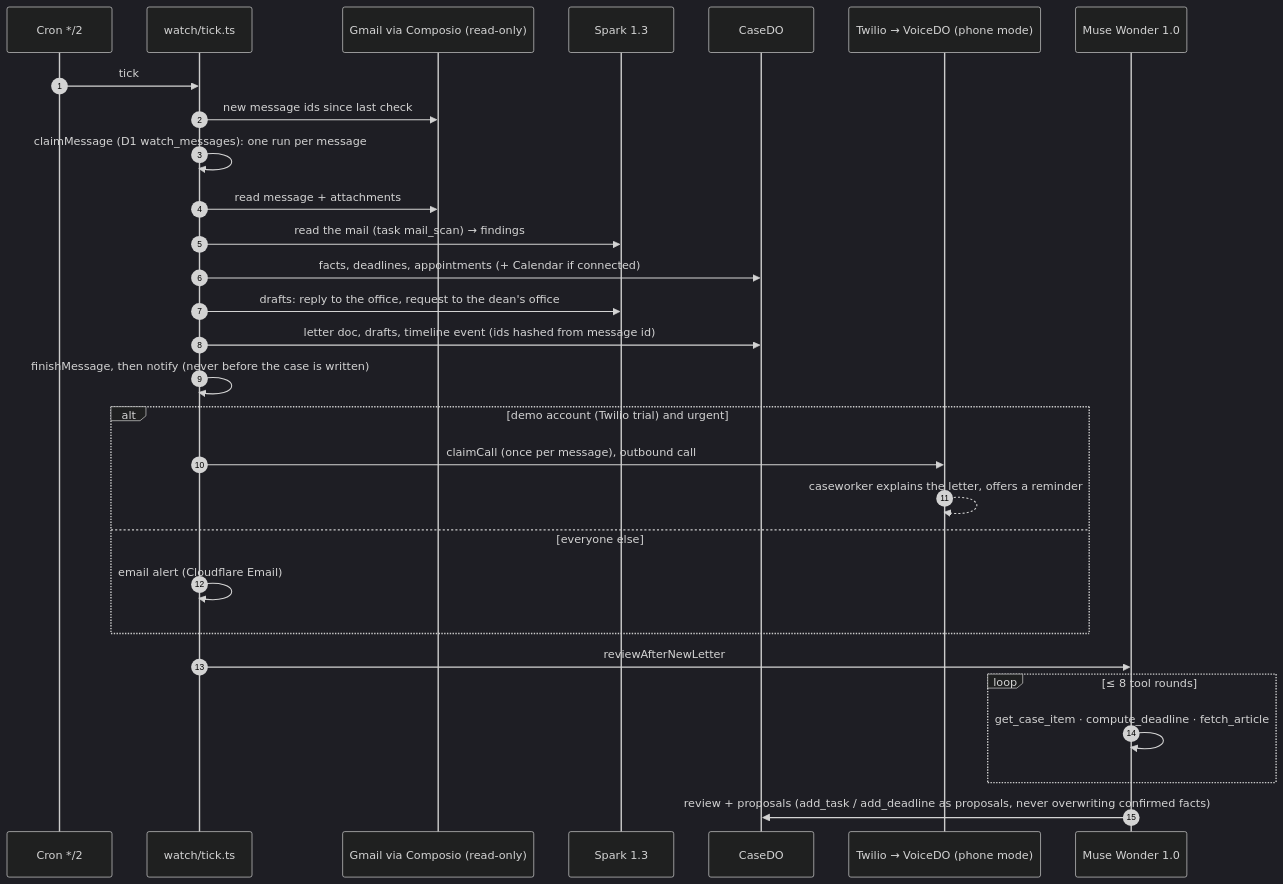
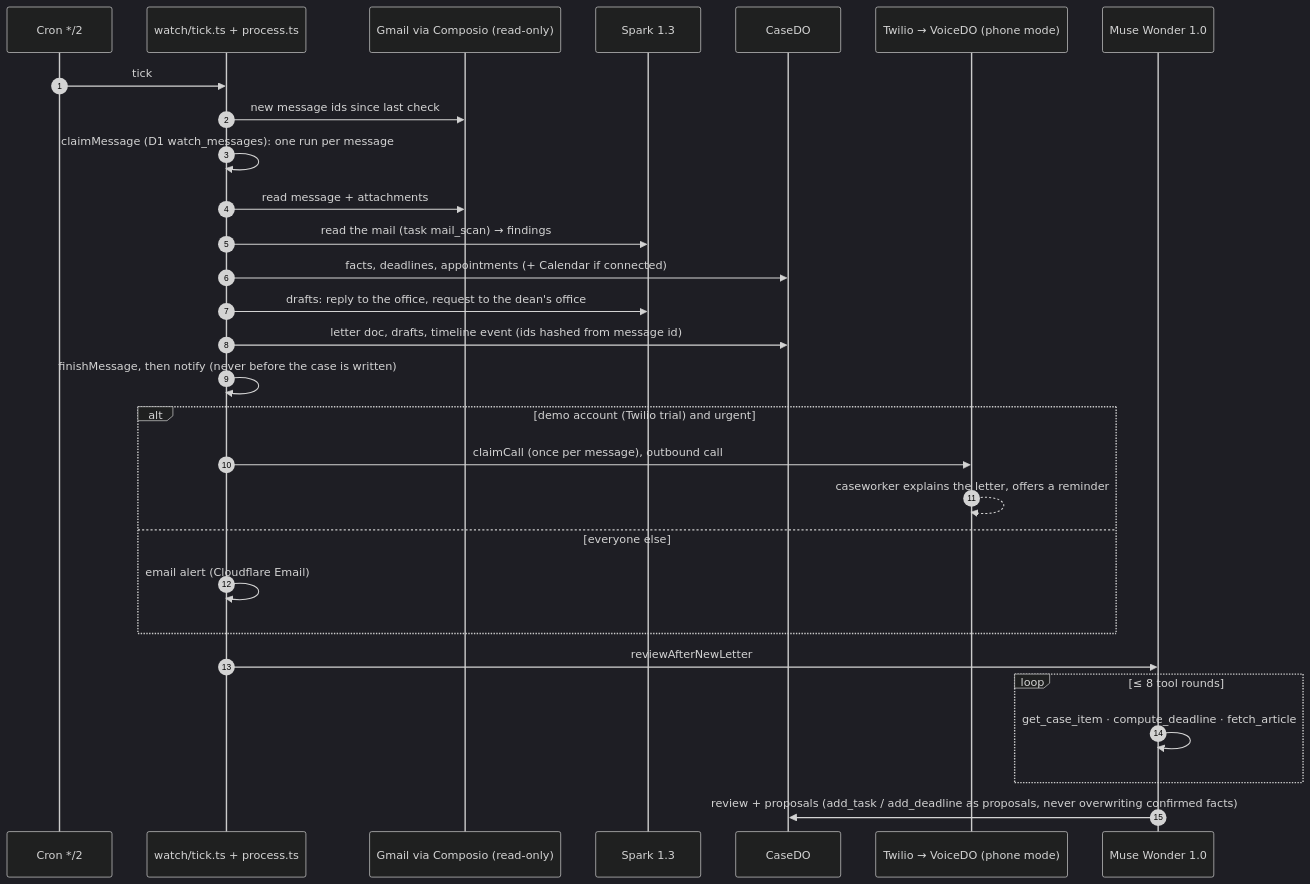
One commit to gabrielantonyxaviour/dossierly-meta changed the fourth of 4 diagrams in docs/architecture.md. Above: the diagram before and after it, drawn with Mermaid (dark theme). The commit also changed other lines of this file, not shown here.

First line of the commit message:
docs/architecture.md: topology diagram routed through the model layer (fewer crossings); intro states which paths use runModel

````diff
--- a/docs/architecture.md
+++ b/docs/architecture.md
@@ -112,31 +114,31 @@
 ```mermaid
 sequenceDiagram
   autonumber
   participant Cr as Cron */2
-  participant Wt as watch/tick.ts
+  participant Wt as watch/tick.ts + process.ts
   participant Gm as Gmail via Composio (read-only)
   participant Sp as Spark 1.3
   participant C as CaseDO
   participant Tw as Twilio → VoiceDO (phone mode)
   participant Wo as Muse Wonder 1.0
   Cr->>Wt: tick
   Wt->>Gm: new message ids since last check
   Wt->>Wt: claimMessage (D1 watch_messages): one run per message
   Wt->>Gm: read message + attachments
   Wt->>Sp: read the mail (task mail_scan) → findings
   Wt->>C: facts, deadlines, appointments (+ Calendar if connected)
   Wt->>Sp: drafts: reply to the office, request to the dean's office
   Wt->>C: letter doc, drafts, timeline event (ids hashed from message id)
   Wt->>Wt: finishMessage, then notify (never before the case is written)
   alt demo account (Twilio trial) and urgent
     Wt->>Tw: claimCall (once per message), outbound call
     Tw-->>Tw: caseworker explains the letter, offers a reminder
   else everyone else
     Wt->>Wt: email alert (Cloudflare Email)
   end
   Wt->>Wo: reviewAfterNewLetter
   loop ≤ 8 tool rounds
     Wo->>Wo: get_case_item · compute_deadline · fetch_article
   end
   Wo->>C: review + proposals (add_task / add_deadline as proposals, never overwriting confirmed facts)
 ```
````
